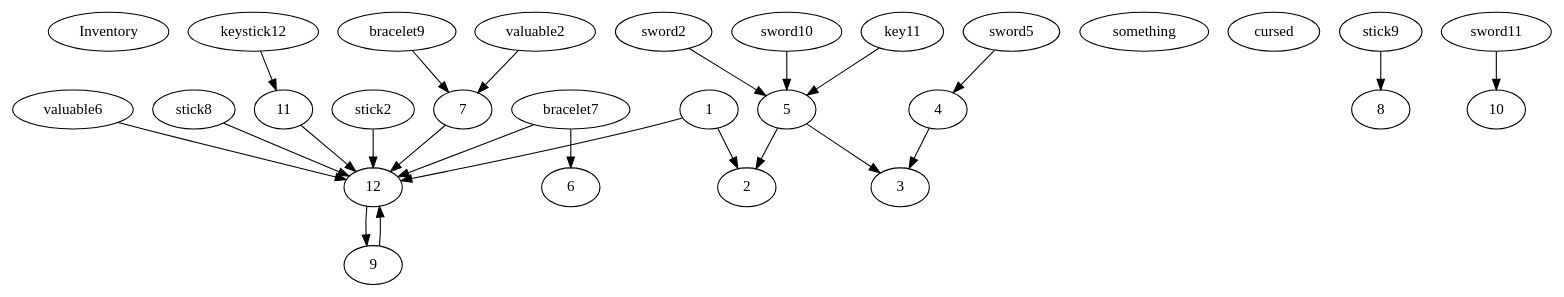
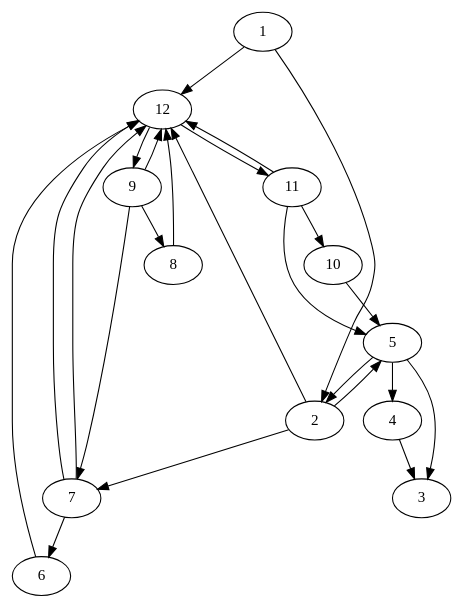
One commit to lifelike/gamebookformat changed the diagram in expected/items.dot. Above: the diagram before and after it, drawn with Graphviz. The commit also changed 5 other files, not shown here.

```diff
--- a/expected/items.dot
+++ b/expected/items.dot
@@ -1,26 +1,26 @@
 digraph gamebook {
 
- Inventory  1->12
+    1->12
 1->2
-stick2->12
- sword2->5
-something valuable2->7
+ 2->12
+  2->5
+ 2->7
 4->3
-sword5->4
+ 5->4
 5->2
 5->3
-something valuable6->12
-cursed bracelet7->6
-cursed bracelet7->12
+ 6->12
+ 7->6
+ 7->12
 7->12
-stick8->12
-cursed bracelet9->7
+ 8->12
+ 9->7
 9->12
-stick9->8
-sword10->5
-key11->5
-sword11->10
+ 9->8
+ 10->5
+ 11->5
+ 11->10
 11->12
-keystick12->11
+  12->11
 12->9
 }
```
